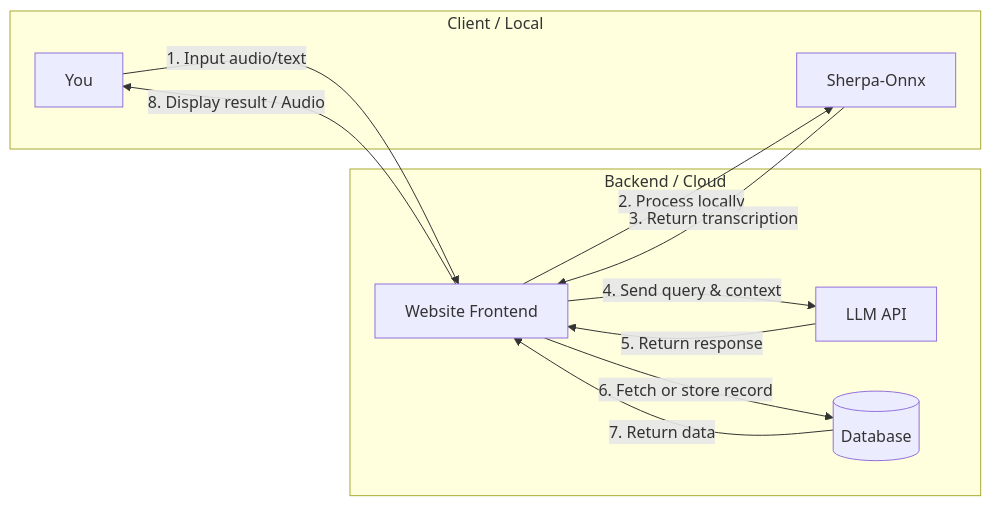
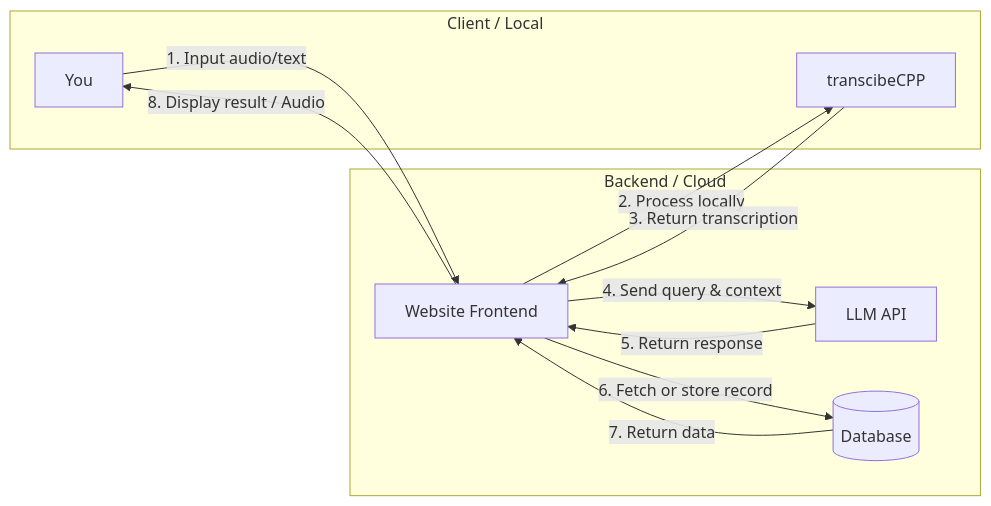
The diagram in README.md (HelamanWarrior/cs260-startup), drawn with Mermaid before and after one commit.

Commit message:
replace sherpa-onnx with transcribeCPP

````diff
--- a/README.md
+++ b/README.md
@@ -21,22 +21,22 @@
 ```mermaid
 graph LR
   subgraph Client / Local
     You[You]
-    Sherpa[Sherpa-Onnx]
+    transcribeCPP[transcibeCPP]
   end
 
   subgraph Backend / Cloud
     Web[Website Frontend]
     LLM[LLM API]
     DB[(Database)]
   end
 
   You -->|1. Input audio/text| Web
-  Web -->|2. Process locally| Sherpa
-  Sherpa -->|3. Return transcription| Web
+  Web -->|2. Process locally| transcribeCPP
+  transcribeCPP -->|3. Return transcription| Web
   Web -->|4. Send query & context | LLM
   LLM -->|5. Return response| Web
   Web -->|6. Fetch or store record| DB
   DB -->|7. Return data| Web
   Web -->|8. Display result / Audio| You
 ```
````
